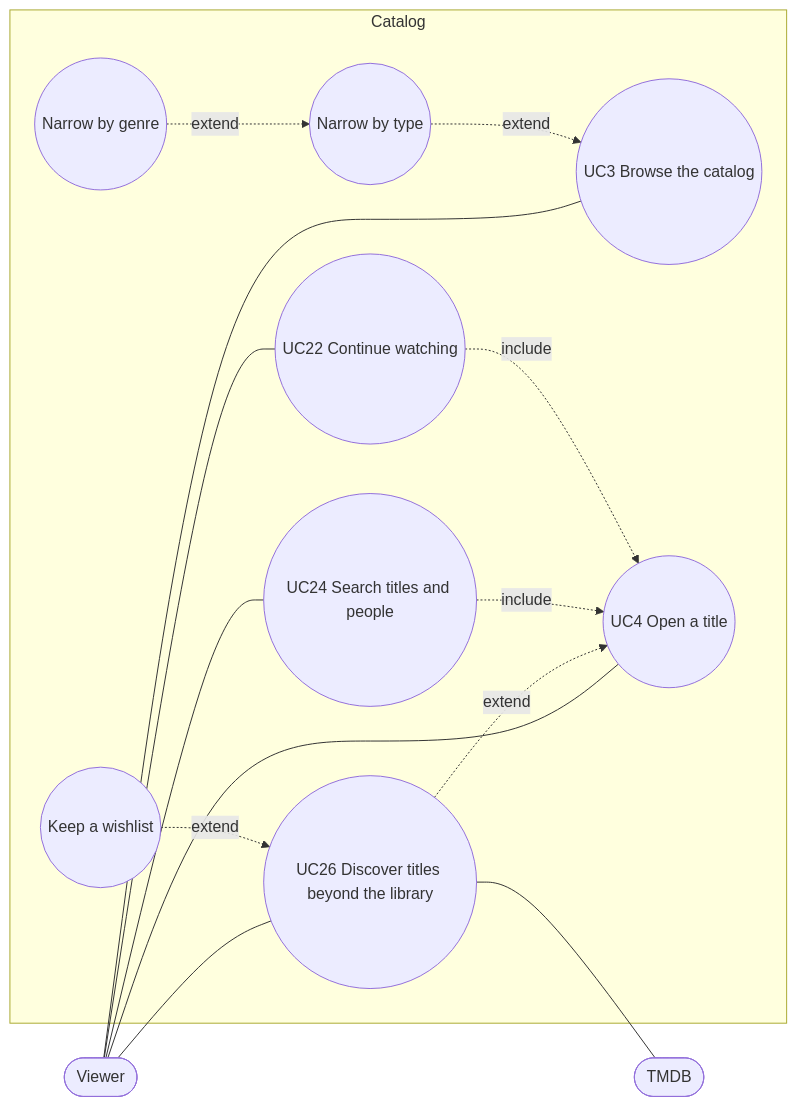
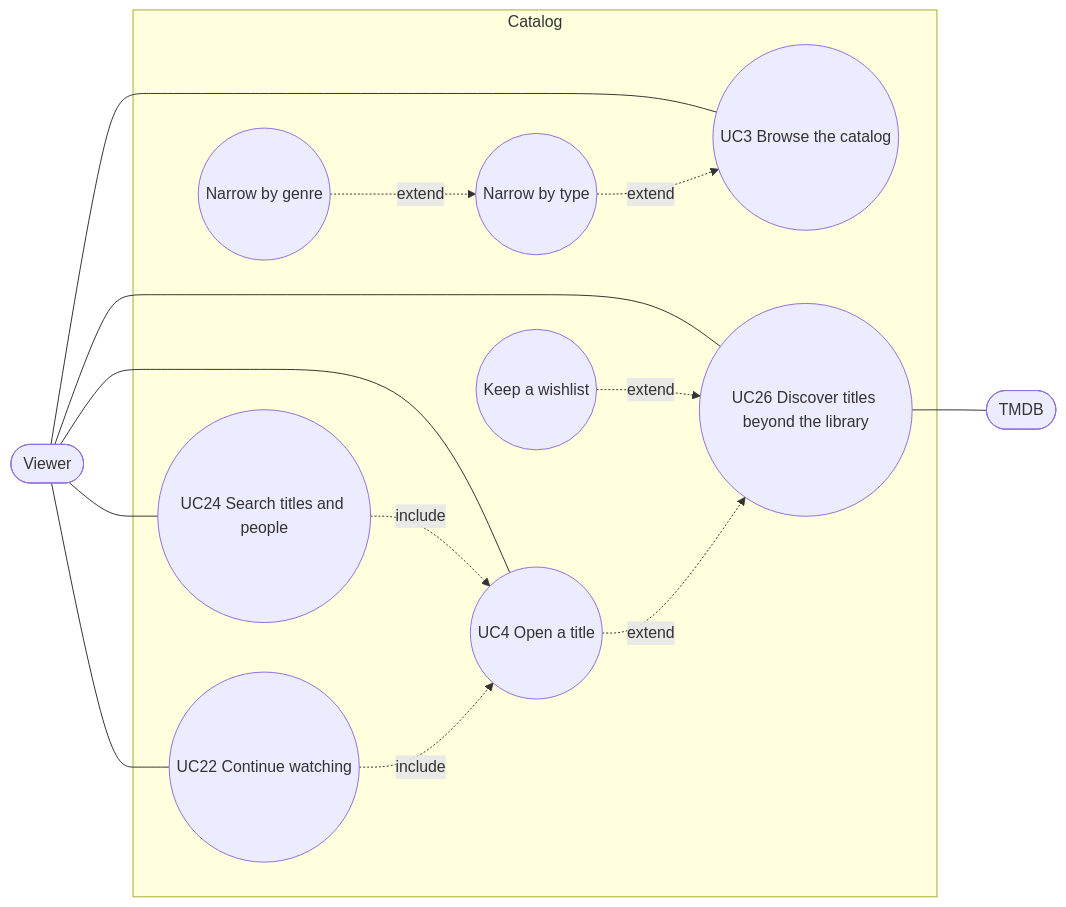
One commit to benoit-bremaud/popcorntv changed the diagram in docs/architecture/diagrams/catalog/01-use-case.md. Above: the diagram before and after it, drawn with Mermaid. The commit also changed other lines of this file and 23 other files, not shown here.

````diff
--- a/docs/architecture/diagrams/catalog/01-use-case.md
+++ b/docs/architecture/diagrams/catalog/01-use-case.md
@@ -8,27 +8,27 @@
 ```mermaid
 flowchart LR
   viewer([Viewer])
   subgraph Catalog
     uc3((UC3 Browse the catalog))
     uc3a((Narrow by type))
     uc3b((Narrow by genre))
     uc4((UC4 Open a title))
     uc22((UC22 Continue watching))
     uc24((UC24 Search titles and people))
     uc26((UC26 Discover titles beyond the library))
     uc26a((Keep a wishlist))
   end
   tmdb([TMDB])
   viewer --- uc3
   viewer --- uc4
   viewer --- uc22
   viewer --- uc24
   viewer --- uc26
   uc26 --- tmdb
   uc26a -. extend .-> uc26
-  uc26 -. extend .-> uc4
+  uc4 -. extend .-> uc26
   uc24 -. include .-> uc4
   uc22 -. include .-> uc4
   uc3a -. extend .-> uc3
   uc3b -. extend .-> uc3a
 ```
````
